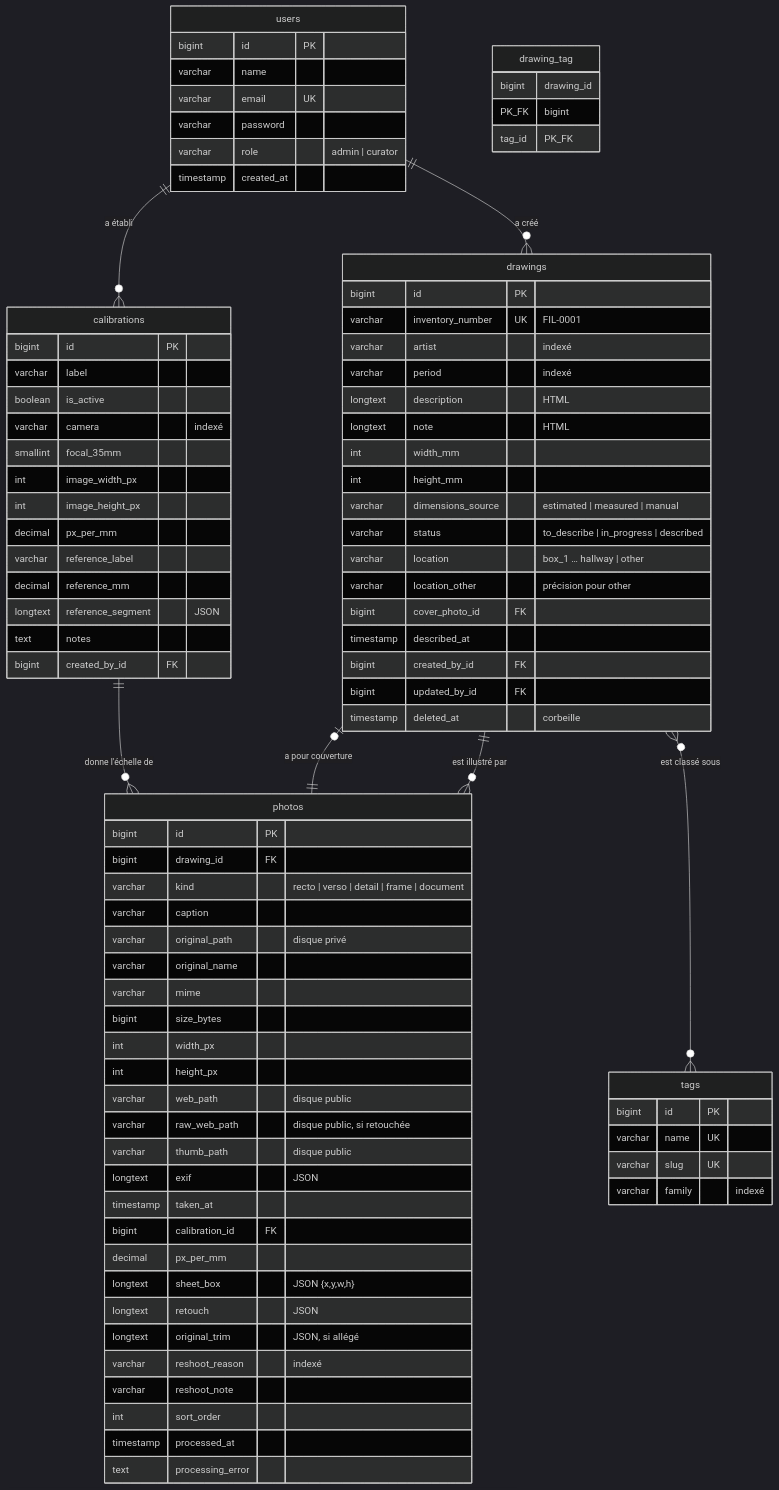
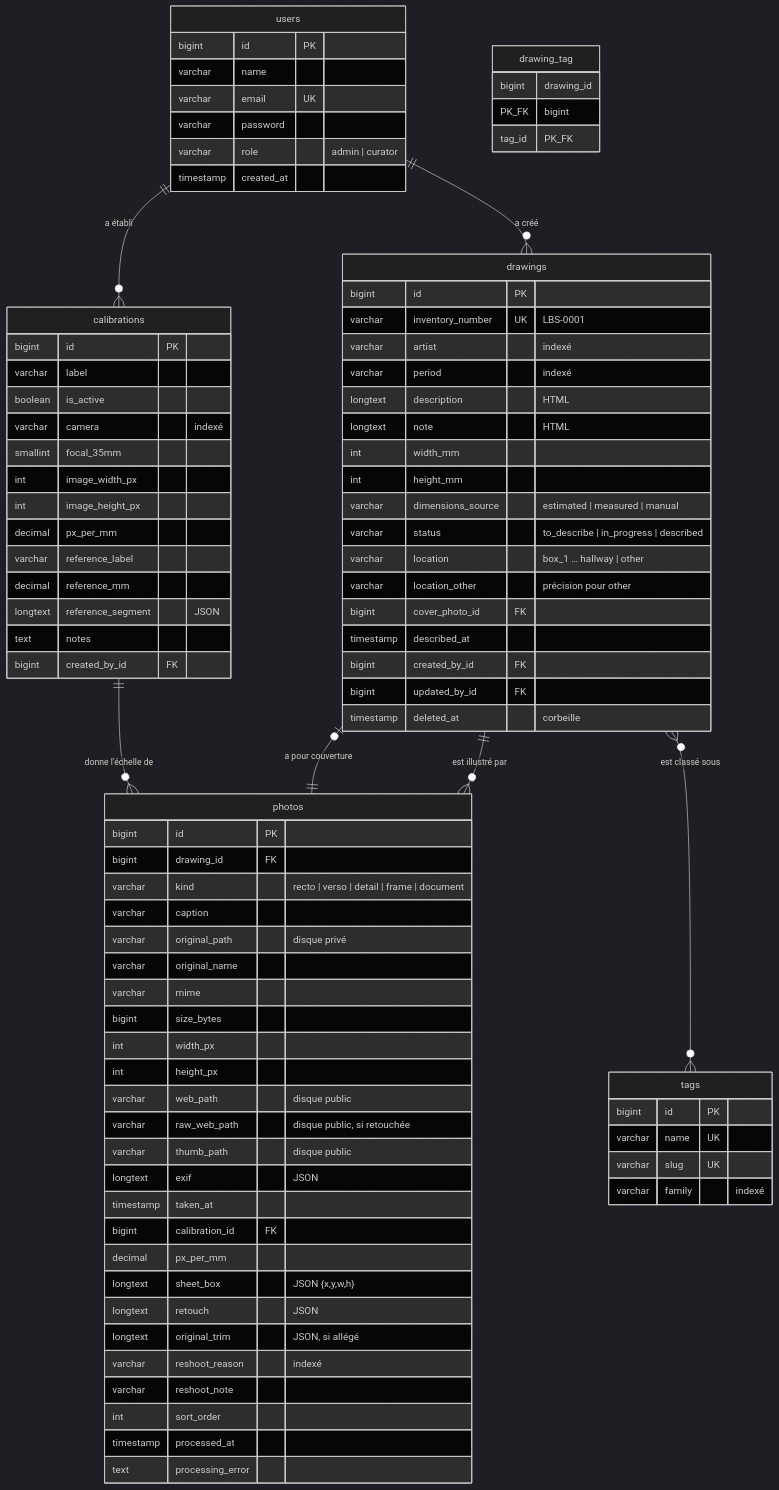
One commit to vistamedia/filigrane changed the diagram in DOCS/01-schema-base-de-donnees.md. Above: the diagram before and after it, drawn with Mermaid (dark theme). The commit also changed other lines of this file and 30 other files, not shown here.

```diff
--- a/DOCS/01-schema-base-de-donnees.md
+++ b/DOCS/01-schema-base-de-donnees.md
@@ -28,7 +28,7 @@
 
     drawings {
         bigint id PK
-        varchar inventory_number UK "FIL-0001"
+        varchar inventory_number UK "LBS-0001"
         varchar artist "indexé"
         varchar period "indexé"
         longtext description "HTML"
```
